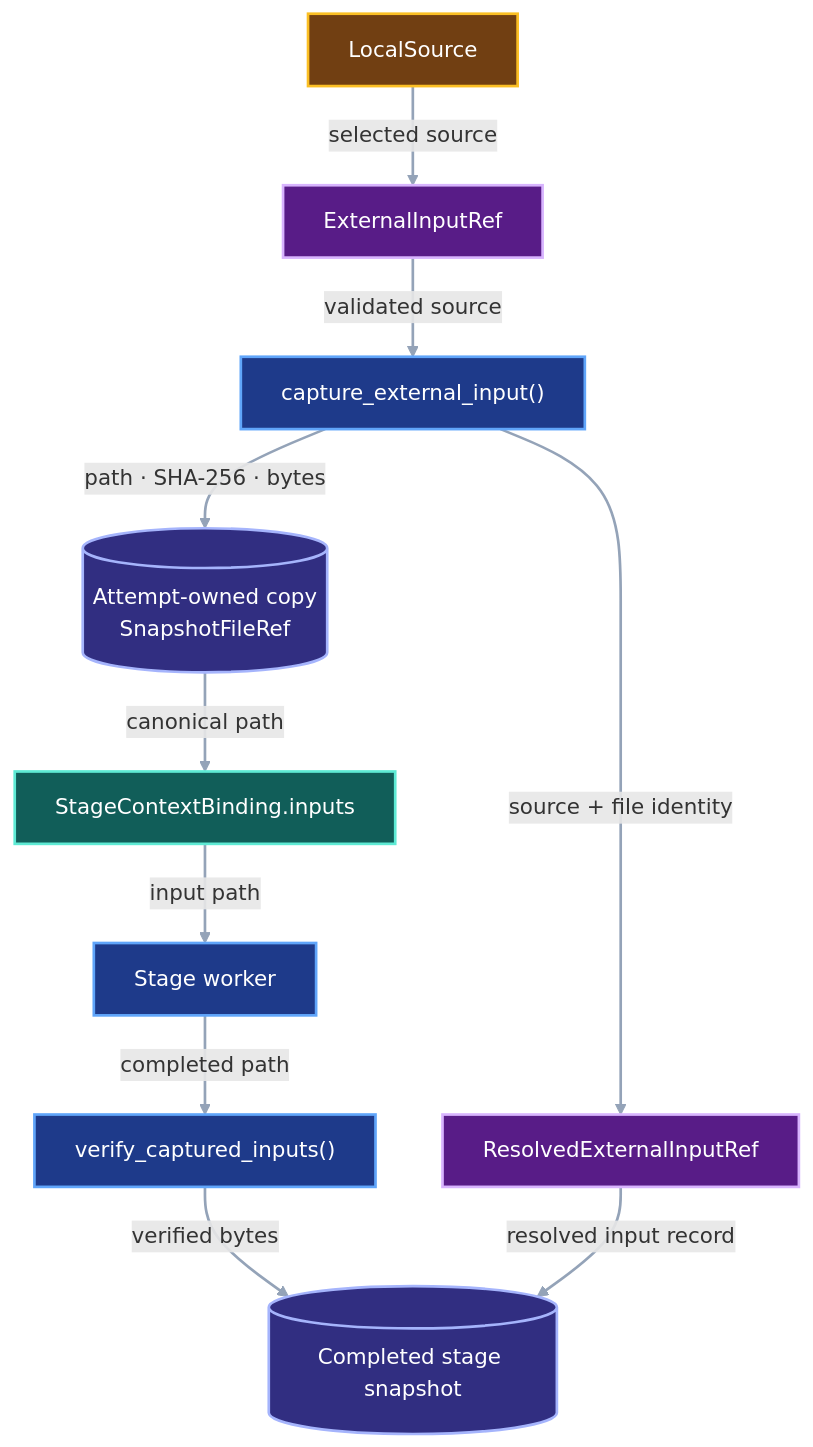
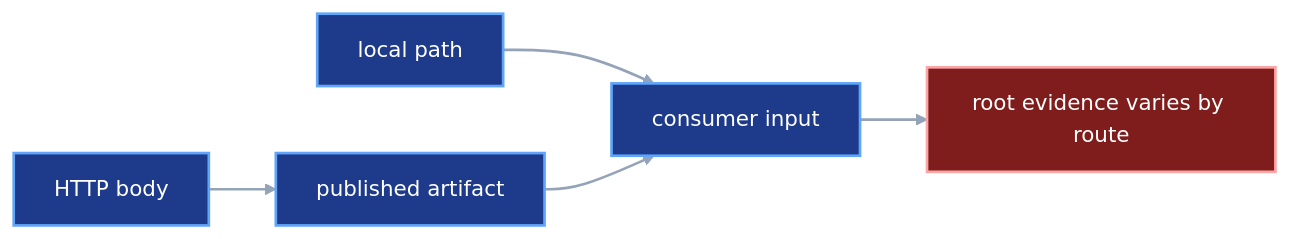
One commit to pvd232/viper changed the second of 4 diagrams in docs/development/external-input-roots.md. Above: the diagram before and after it, drawn with Mermaid. The commit also changed other lines of this file and 1 other file, not shown here.

Commit message:
Restore external input contract detail

````diff
--- a/docs/development/external-input-roots.md
+++ b/docs/development/external-input-roots.md
@@ -66,24 +131,12 @@
 ```mermaid
-flowchart TB
-    Source["LocalSource"] -->|"selected source"| Ref["ExternalInputRef"]
-    Ref -->|"validated source"| Capture["capture_external_input()"]
-    Capture -->|"path · SHA-256 · bytes"| File[("Attempt-owned copy<br/>SnapshotFileRef")]
-    Capture -->|"source + file identity"| Evidence["ResolvedExternalInputRef"]
-    File -->|"canonical path"| Binding["StageContextBinding.inputs"]
-    Binding -->|"input path"| Worker["Stage worker"]
-    Worker -->|"completed path"| Recheck["verify_captured_inputs()"]
-    Recheck -->|"verified bytes"| Snapshot[("Completed stage snapshot")]
-    Evidence -->|"resolved input record"| Snapshot
-
-    class Source declaration
-    class Ref,Evidence record
-    class Capture,Worker,Recheck execution
-    class File,Snapshot storage
-    class Binding boundary
-    classDef declaration fill:#713f12,stroke:#fbbf24,color:#ffffff,stroke-width:2px
-    classDef record fill:#581c87,stroke:#d8b4fe,color:#ffffff,stroke-width:2px
-    classDef execution fill:#1e3a8a,stroke:#60a5fa,color:#ffffff,stroke-width:2px
-    classDef storage fill:#312e81,stroke:#a5b4fc,color:#ffffff,stroke-width:2px
-    classDef boundary fill:#115e59,stroke:#5eead4,color:#ffffff,stroke-width:2px
+flowchart LR
+    Local["local path"] --> Input["consumer input"]
+    Http["HTTP body"] --> Artifact["published artifact"]
+    Artifact --> Input
+    Input --> Gap["root evidence varies by route"]
+    class Local,Http,Artifact,Input current
+    class Gap gap
+    classDef current fill:#1e3a8a,stroke:#60a5fa,color:#ffffff,stroke-width:2px
+    classDef gap fill:#7f1d1d,stroke:#fca5a5,color:#ffffff,stroke-width:2px
     linkStyle default stroke:#94a3b8,stroke-width:2px
 ```
````
